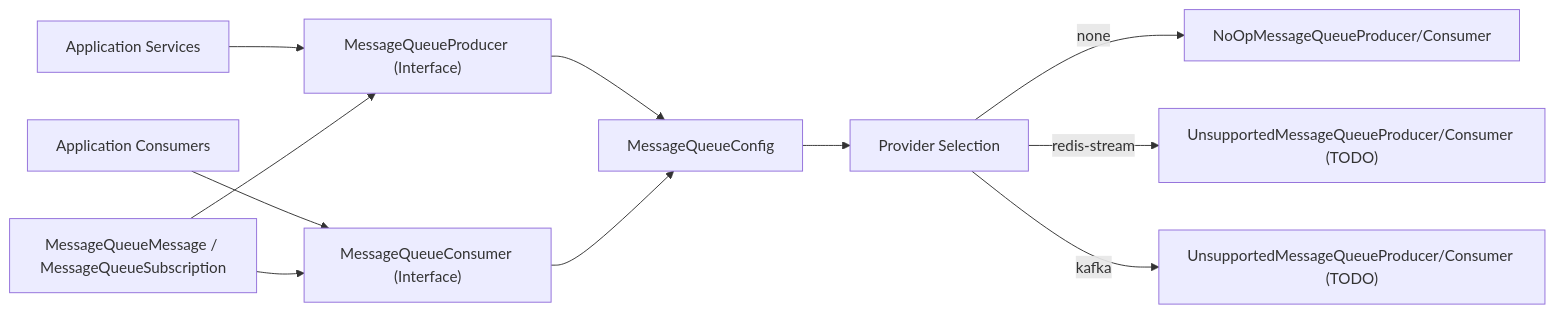
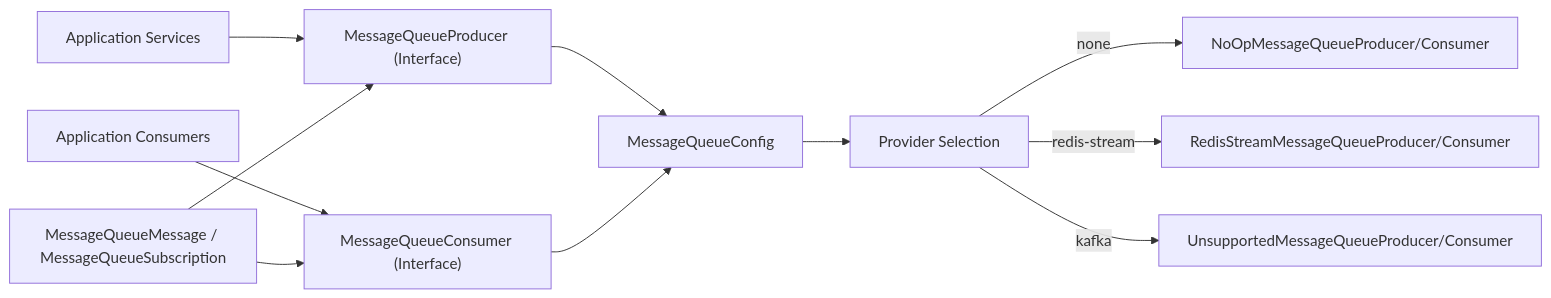
The first of 4 diagrams in docs/spec/tech/message-queue/README.md (100-hours-a-week/3-team-Tasteam-be), drawn with Mermaid before and after one commit. The commit also changed other lines of this file, not shown here.

````diff
--- a/docs/spec/tech/message-queue/README.md
+++ b/docs/spec/tech/message-queue/README.md
@@ -46,15 +48,15 @@
 ```mermaid
 flowchart LR
     A["Application Services"] --> B["MessageQueueProducer (Interface)"]
     C["Application Consumers"] --> D["MessageQueueConsumer (Interface)"]
 
     E["MessageQueueConfig"] --> F["Provider Selection"]
     F -->|"none"| G["NoOpMessageQueueProducer/Consumer"]
-    F -->|"redis-stream"| H["UnsupportedMessageQueueProducer/Consumer (TODO)"]
-    F -->|"kafka"| I["UnsupportedMessageQueueProducer/Consumer (TODO)"]
+    F -->|"redis-stream"| H["RedisStreamMessageQueueProducer/Consumer"]
+    F -->|"kafka"| I["UnsupportedMessageQueueProducer/Consumer"]
 
     B --> E
     D --> E
     J["MessageQueueMessage / MessageQueueSubscription"] --> B
     J --> D
 ```
````
